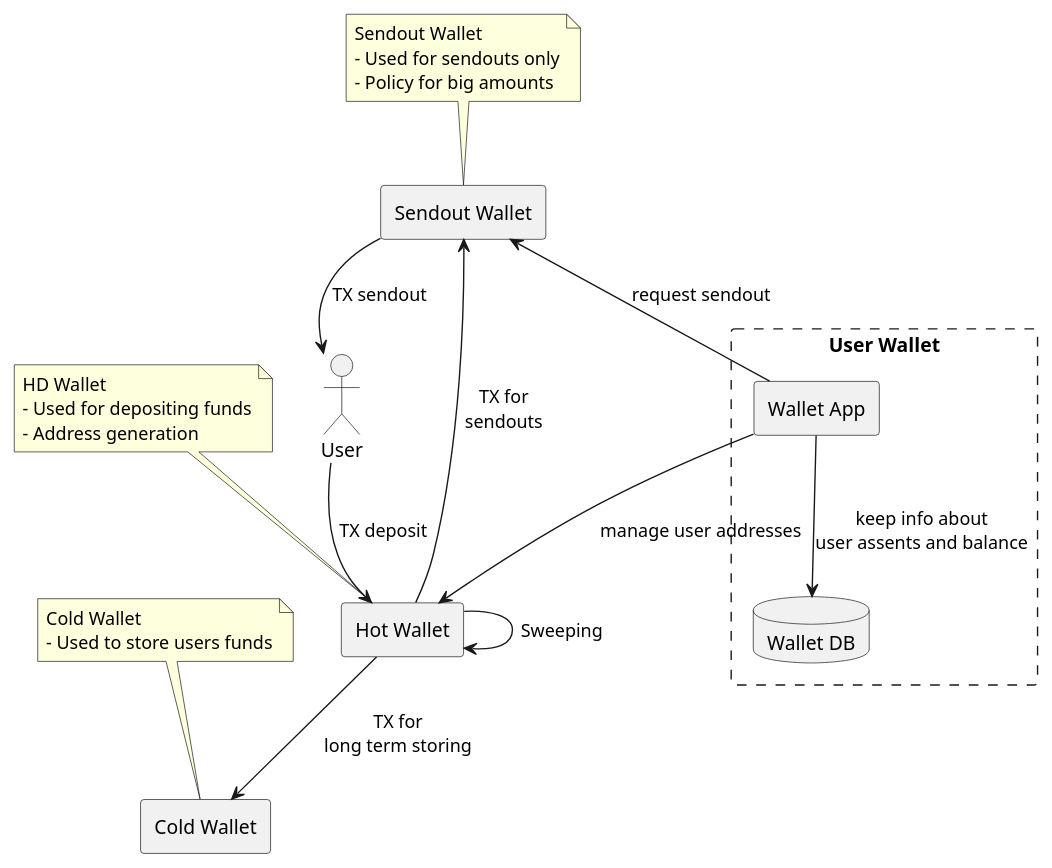
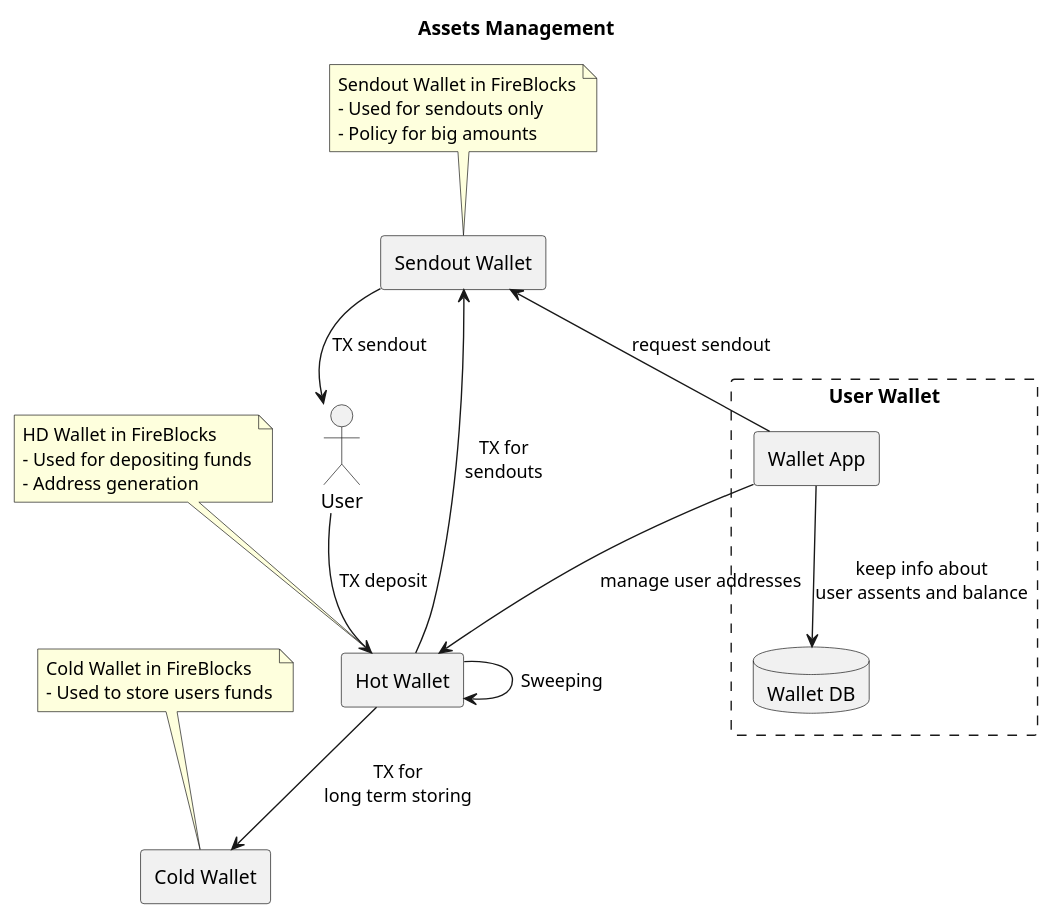
Before and after one commit to localtradersteam/Sequense-Diagrams: the diagram in wallet_assets/wallet_assets.puml, drawn with PlantUML. The commit also changed 1 other file, not shown here.

Commit message:
Add sequience request diagram

```diff
--- a/wallet_assets/wallet_assets.puml
+++ b/wallet_assets/wallet_assets.puml
@@ -1,42 +1,45 @@
 @startuml
+
+title "Assets Management"
 
 actor "User" as user
 
 rectangle "User Wallet" #line.dashed {
     rectangle "Wallet App" as walletapp
     database "Wallet DB" as walletdb
 }
+
 rectangle "Hot Wallet" as hw
 rectangle "Sendout Wallet" as sw
 rectangle "Cold Wallet" as cw
 
 walletapp --> hw: manage user addresses
 walletapp --> walletdb: keep info about\nuser assents and balance
 walletapp -up-> sw: request sendout
 
 hw --> hw: Sweeping
 hw --> sw: TX for\nsendouts
 hw --> cw: TX for\nlong term storing
 
 note top of hw
-HD Wallet
+HD Wallet in FireBlocks
 - Used for depositing funds
 - Address generation
 end note
 
 note top of sw
-Sendout Wallet
+Sendout Wallet in FireBlocks
 - Used for sendouts only
 - Policy for big amounts
 end note
 
 note top of cw
-Cold Wallet
+Cold Wallet in FireBlocks
 - Used to store users funds
 end note
 
 
 user --> hw: TX deposit
 sw --> user: TX sendout
 
 @enduml
```
